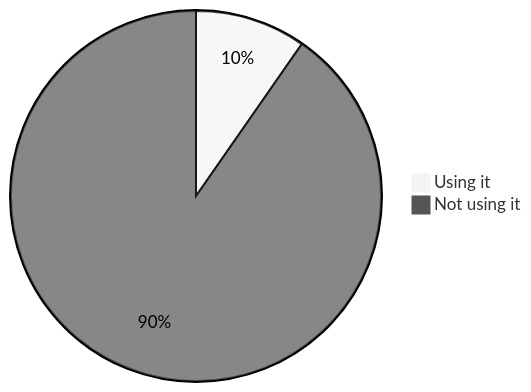
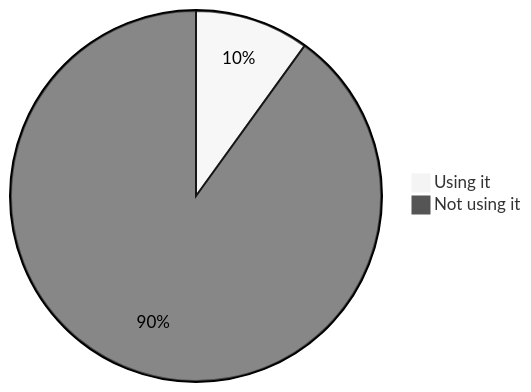
Diagram 13 of 22 in stats.md (oshp/oshp-stats), drawn with Mermaid (neutral theme) before and after one commit. The commit also changed other lines of this file, not shown here.

````diff
--- a/stats.md
+++ b/stats.md
@@ -154,6 +154,6 @@
 ```mermaid
 pie
-	"Using it" : 9.68
-	"Not using it" : 90.32
+	"Using it" : 9.96
+	"Not using it" : 90.04
 
 ```
````
